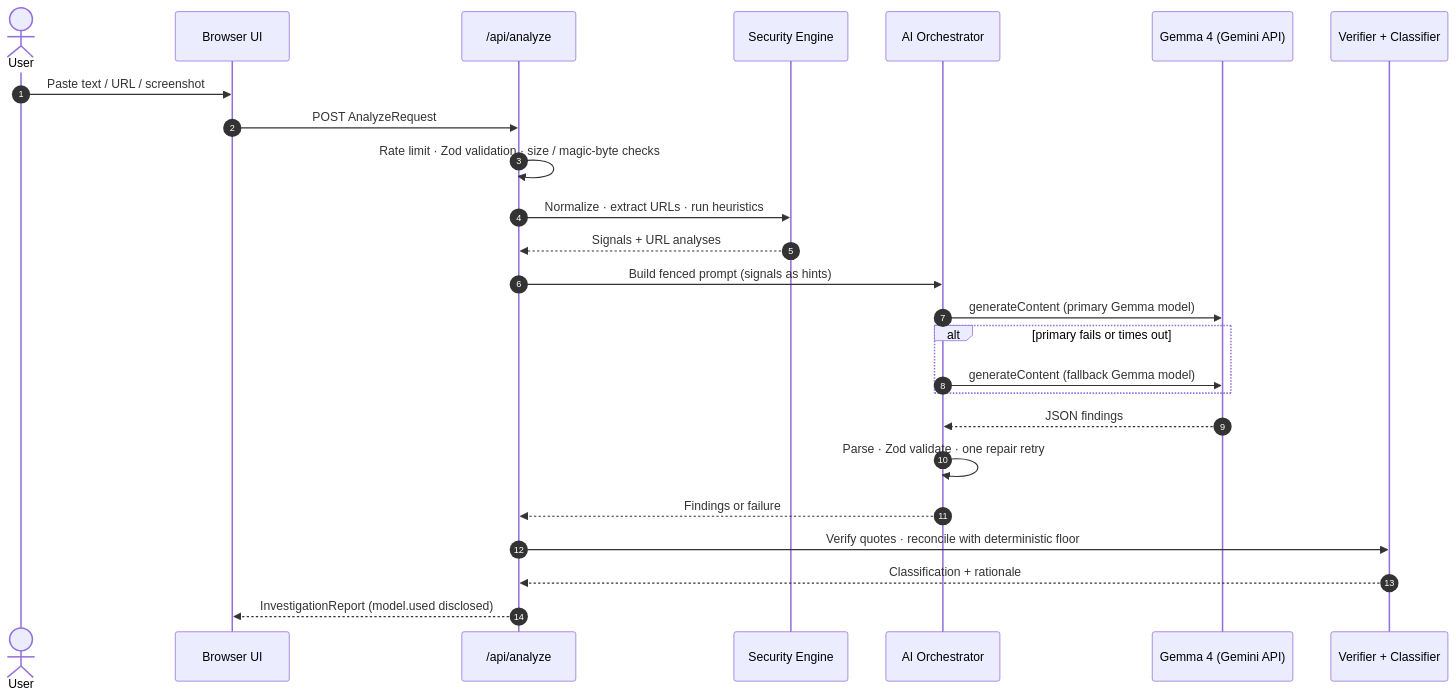
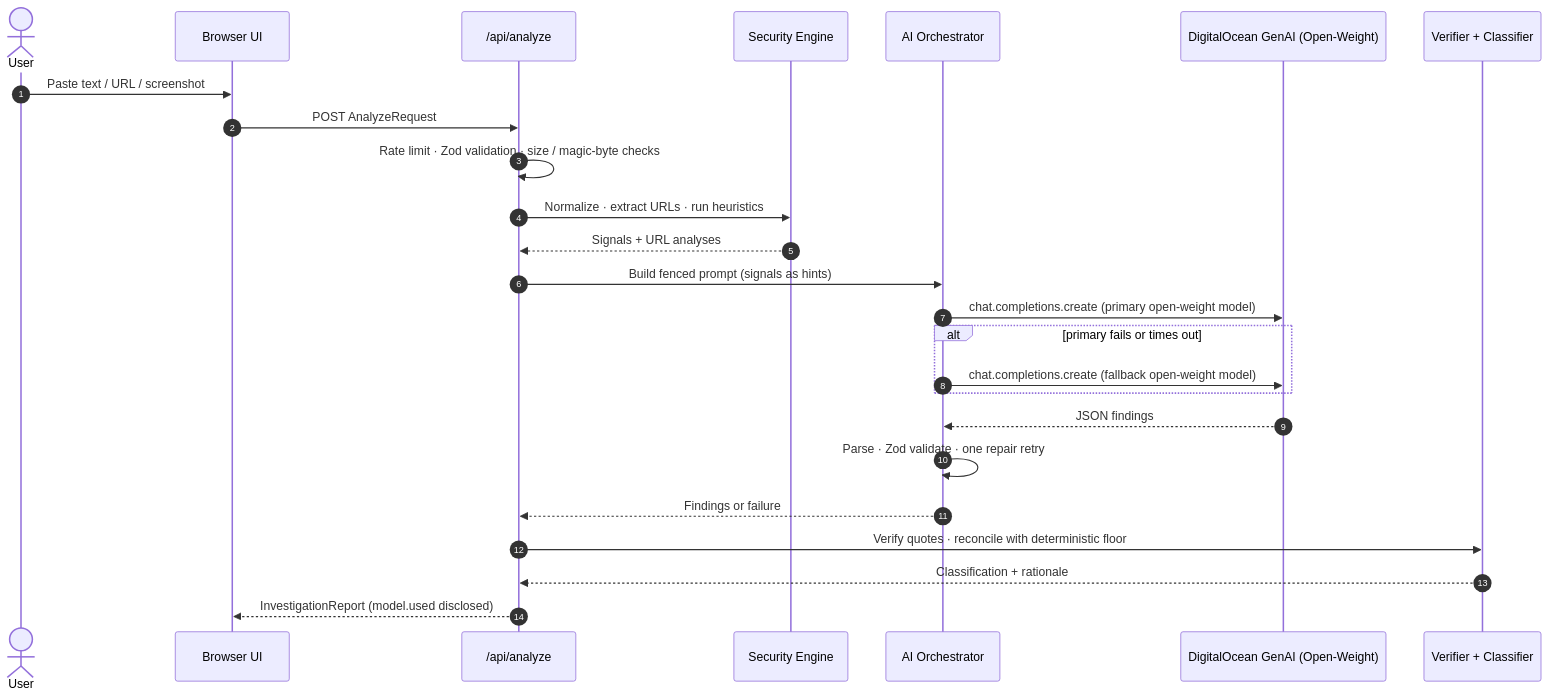
The first of 2 diagrams in README.md (Aryan-en/Rein-Hacktoberfest-2026), drawn with Mermaid before and after one commit. The commit also changed other lines of this file and 1 other file, not shown here.

Commit message:
docs(context): align tracker and README with DigitalOcean GenAI track

````diff
--- a/README.md
+++ b/README.md
@@ -137,28 +137,28 @@
 ```mermaid
 sequenceDiagram
   autonumber
   actor U as User
   participant UI as Browser UI
   participant API as /api/analyze
   participant SEC as Security Engine
   participant AI as AI Orchestrator
-  participant G as Gemma 4 (Gemini API)
+  participant DO as DigitalOcean GenAI (Open-Weight)
   participant V as Verifier + Classifier
 
   U->>UI: Paste text / URL / screenshot
   UI->>API: POST AnalyzeRequest
   API->>API: Rate limit · Zod validation · size / magic-byte checks
   API->>SEC: Normalize · extract URLs · run heuristics
   SEC-->>API: Signals + URL analyses
   API->>AI: Build fenced prompt (signals as hints)
-  AI->>G: generateContent (primary Gemma model)
+  AI->>DO: chat.completions.create (primary open-weight model)
   alt primary fails or times out
-    AI->>G: generateContent (fallback Gemma model)
+    AI->>DO: chat.completions.create (fallback open-weight model)
   end
-  G-->>AI: JSON findings
+  DO-->>AI: JSON findings
   AI->>AI: Parse · Zod validate · one repair retry
   AI-->>API: Findings or failure
   API->>V: Verify quotes · reconcile with deterministic floor
   V-->>API: Classification + rationale
   API-->>UI: InvestigationReport (model.used disclosed)
 ```
````
